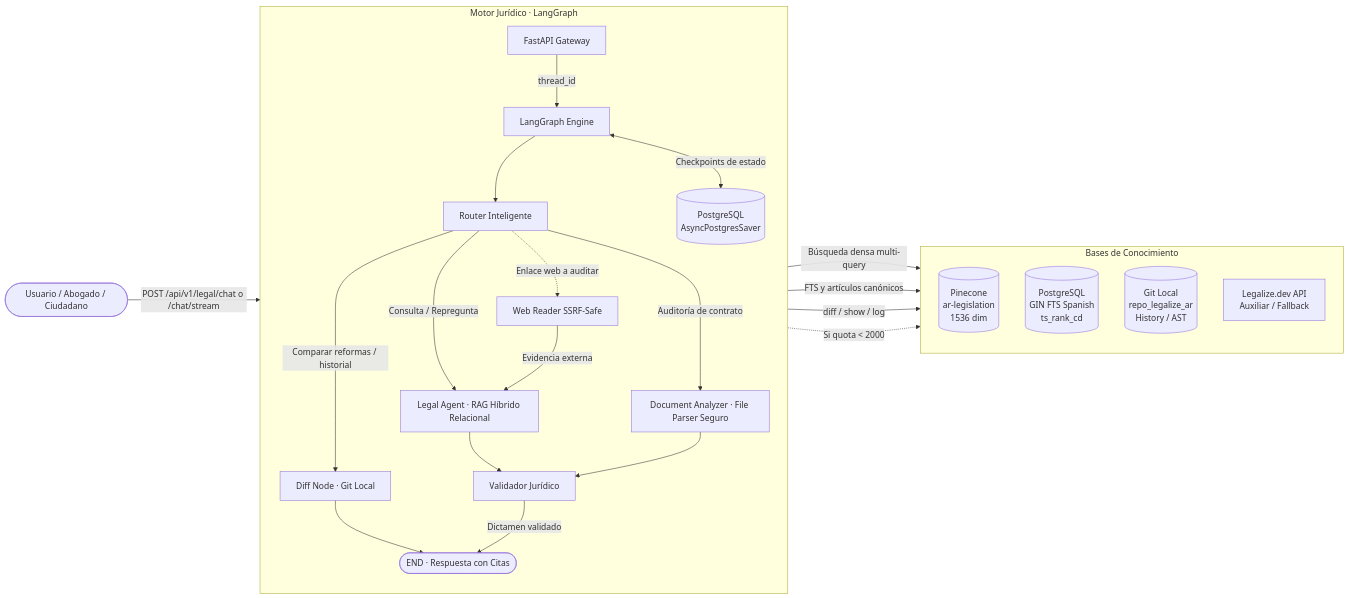
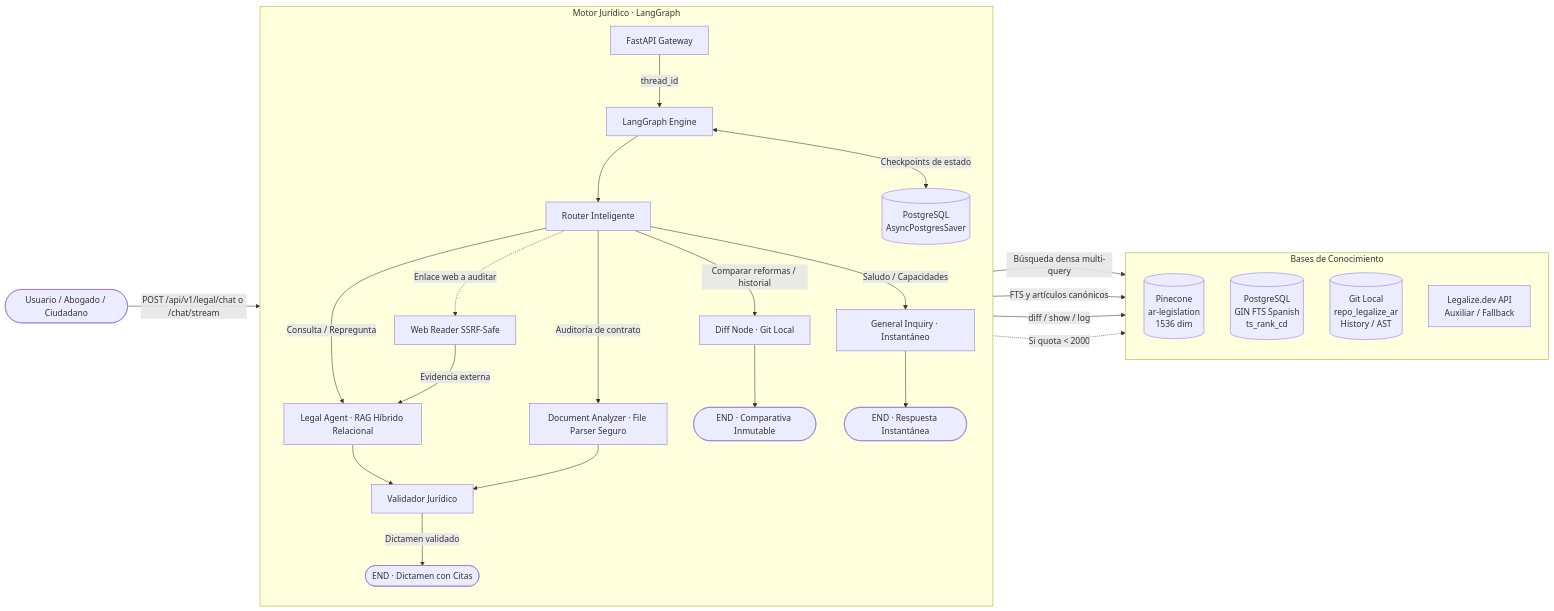
Before and after one commit to iandiduch/Legalar: the first of 2 diagrams in README.md, drawn with Mermaid. The commit also changed other lines of this file, not shown here.

Commit message:
docs: align mermaid diagram nodes and catalog metrics in README

````diff
--- a/README.md
+++ b/README.md
@@ -64,50 +64,52 @@
 ```mermaid
 flowchart LR
 
     %% =========================================================
     %% FLUJO PRINCIPAL
     %% =========================================================
 
     U([Usuario / Abogado / Ciudadano])
         -->|POST /api/v1/legal/chat o /chat/stream| API[FastAPI Gateway]
 
     subgraph CORE["Motor Jurídico · LangGraph"]
         direction TB
 
         API -->|thread_id| GRAPH[LangGraph Engine]
 
         GRAPH --> ROUTER[Router Inteligente]
 
         ROUTER -->|Consulta / Repregunta| LEG[Legal Agent · RAG Híbrido Relacional]
         ROUTER -->|Auditoría de contrato| DOC[Document Analyzer · File Parser Seguro]
         ROUTER -->|Comparar reformas / historial| DIFF[Diff Node · Git Local]
+        ROUTER -->|Saludo / Capacidades| GI[General Inquiry · Instantáneo]
         ROUTER -.->|Enlace web a auditar| WEB[Web Reader SSRF-Safe]
 
         WEB -->|Evidencia externa| LEG
         LEG --> VAL[Validador Jurídico]
         DOC --> VAL
-        DIFF --> END_OK([END · Comparativa Inmutable])
+        DIFF --> END_DIFF([END · Comparativa Inmutable])
+        GI --> END_GI([END · Respuesta Instantánea])
 
-        VAL -->|Dictamen validado| END_OK([END · Respuesta con Citas])
+        VAL -->|Dictamen validado| END_VAL([END · Dictamen con Citas])
 
         GRAPH <-->|Checkpoints de estado| CP[(PostgreSQL<br/>AsyncPostgresSaver)]
     end
 
     %% =========================================================
     %% FUENTES DE CONOCIMIENTO
     %% =========================================================
 
     subgraph KNOWLEDGE["Bases de Conocimiento"]
         direction TB
 
         PINE[(Pinecone<br/>ar-legislation<br/>1536 dim)]
         FTS[(PostgreSQL<br/>GIN FTS Spanish<br/>ts_rank_cd)]
         GIT[(Git Local<br/>repo_legalize_ar<br/>History / AST)]
         API_LEG[Legalize.dev API<br/>Auxiliar / Fallback]
     end
 
     LEG -->|Búsqueda densa multi-query| PINE
     LEG -->|FTS y artículos canónicos| FTS
     DIFF -->|diff / show / log| GIT
     DIFF -.->|Si quota < 2000| API_LEG
 ```
````
